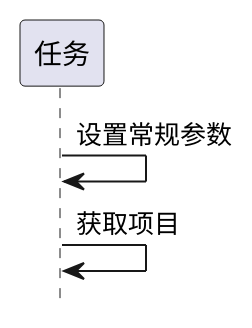
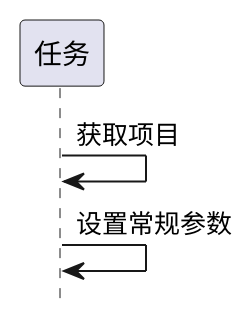
The seventh of 16 diagrams in ibizpms-docs/src/main/doc/v1/module/zentao/Task_old.md (zj335841911/nt_chandao), drawn with PlantUML before and after one commit. The commit also changed other lines of this file and 2125 other files, not shown here.

```diff
--- a/ibizpms-docs/src/main/doc/v1/module/zentao/Task_old.md
+++ b/ibizpms-docs/src/main/doc/v1/module/zentao/Task_old.md
@@ -420,6 +420,6 @@
 {% plantuml %}
 hide footbox
 
+任务 -> 任务: 获取项目
 任务 -> 任务: 设置常规参数
-任务 -> 任务: 获取项目
 {% endplantuml %}
```
